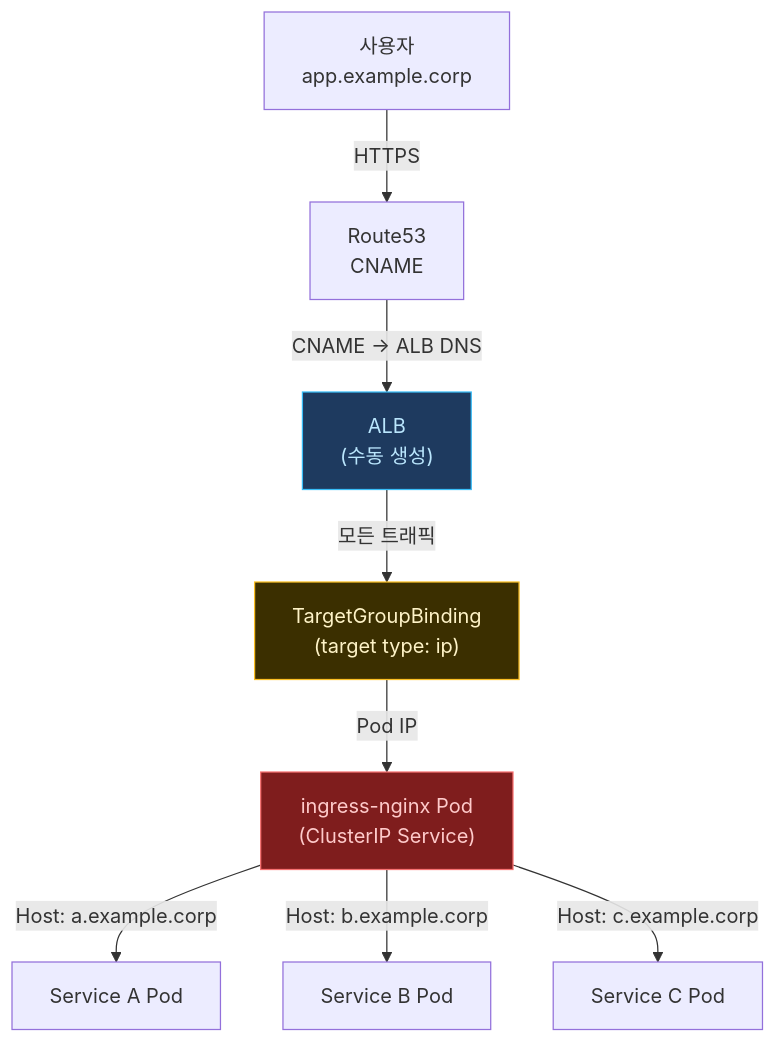
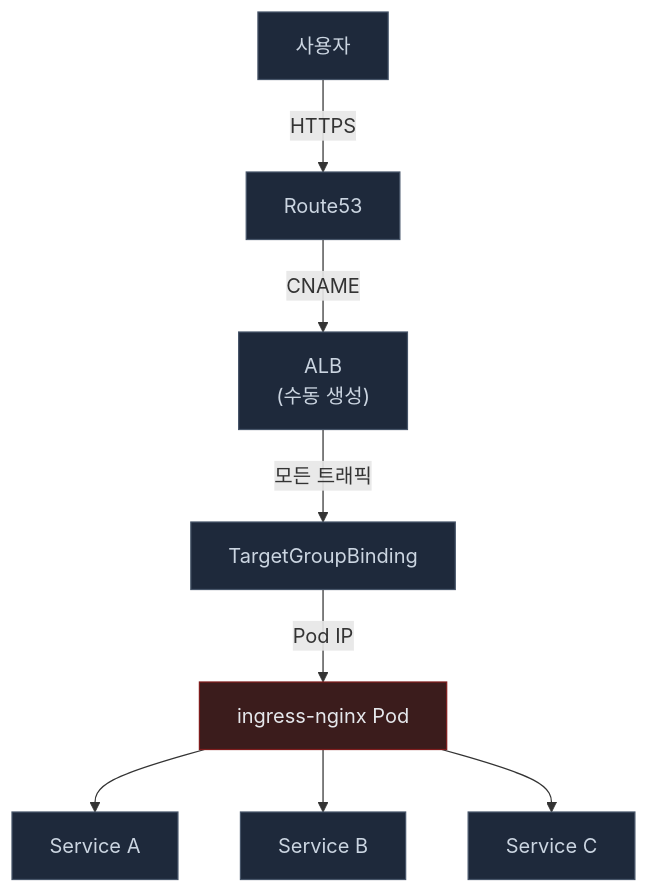
The fifth of 12 diagrams in content/kubernetes/ingress-nginx-eol-migration-plan.md (kimduksoo/duksoo-tech-blog), drawn with Mermaid before and after one commit. The commit also changed other lines of this file, not shown here.

First line of the commit message:
fix: Mermaid 다이어그램 다크 톤 + 수직 배치

````diff
--- a/content/kubernetes/ingress-nginx-eol-migration-plan.md
+++ b/content/kubernetes/ingress-nginx-eol-migration-plan.md
@@ -161,23 +163,28 @@
 ```mermaid
 flowchart TB
-    User["사용자<br/>app.example.corp"]
-    DNS["Route53<br/>CNAME"]
-    ALB["ALB<br/>(수동 생성)"]
-    TGB["TargetGroupBinding<br/>(target type: ip)"]
-    NGINX["ingress-nginx Pod<br/>(ClusterIP Service)"]
-    SvcA["Service A Pod"]
-    SvcB["Service B Pod"]
-    SvcC["Service C Pod"]
+    User["사용자"]
+    DNS["Route53"]
+    ALB["ALB\n(수동 생성)"]
+    TGB["TargetGroupBinding"]
+    NGINX["ingress-nginx Pod"]
+    SvcA["Service A"]
+    SvcB["Service B"]
+    SvcC["Service C"]
 
     User -->|"HTTPS"| DNS
-    DNS -->|"CNAME → ALB DNS"| ALB
+    DNS -->|"CNAME"| ALB
     ALB -->|"모든 트래픽"| TGB
     TGB -->|"Pod IP"| NGINX
-    NGINX -->|"Host: a.example.corp"| SvcA
-    NGINX -->|"Host: b.example.corp"| SvcB
-    NGINX -->|"Host: c.example.corp"| SvcC
+    NGINX --> SvcA
+    NGINX --> SvcB
+    NGINX --> SvcC
 
-    style NGINX fill:#7f1d1d,stroke:#f87171,color:#fecaca
-    style ALB fill:#1e3a5f,stroke:#38bdf8,color:#bae6fd
-    style TGB fill:#3b2f00,stroke:#fbbf24,color:#fef3c7
+    style User fill:#1e293b,stroke:#475569,color:#cbd5e1
+    style DNS fill:#1e293b,stroke:#475569,color:#cbd5e1
+    style ALB fill:#1e293b,stroke:#475569,color:#cbd5e1
+    style TGB fill:#1e293b,stroke:#475569,color:#cbd5e1
+    style NGINX fill:#3b1c1c,stroke:#7f1d1d,color:#e5e7eb
+    style SvcA fill:#1e293b,stroke:#475569,color:#cbd5e1
+    style SvcB fill:#1e293b,stroke:#475569,color:#cbd5e1
+    style SvcC fill:#1e293b,stroke:#475569,color:#cbd5e1
 ```
````
